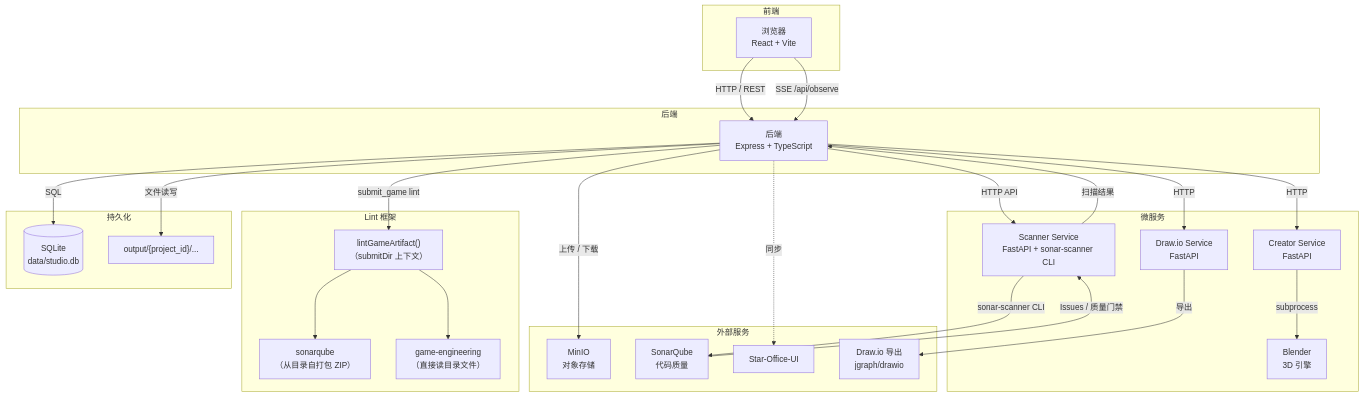
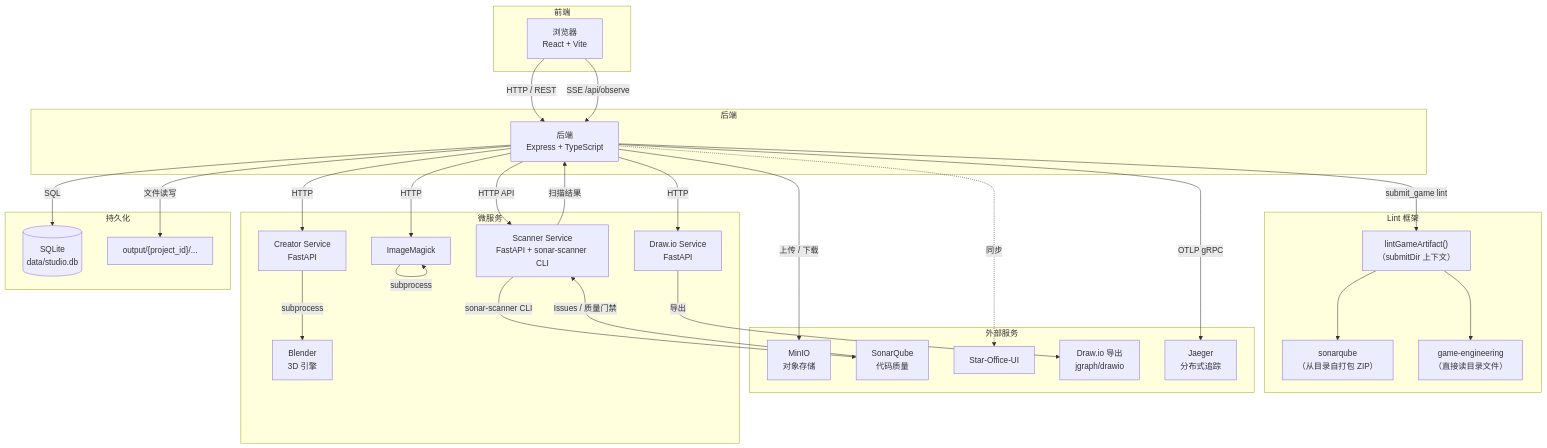
One commit to luoxiaojun1992/game-studio changed the diagram in docs/ARCHITECTURE.zh-CN.md. Above: the diagram before and after it, drawn with Mermaid. The commit also changed other lines of this file and 11 other files, not shown here.

````diff
--- a/docs/ARCHITECTURE.zh-CN.md
+++ b/docs/ARCHITECTURE.zh-CN.md
@@ -18,56 +18,61 @@
 ```mermaid
 graph TB
     subgraph "前端"
         Browser["浏览器<br/>React + Vite"]
     end
 
     subgraph "后端"
         BE["后端<br/>Express + TypeScript"]
     end
 
     subgraph "Lint 框架"
         LintRunner["lintGameArtifact()<br/>（submitDir 上下文）"]
         SonarChecker["sonarqube<br/>（从目录自打包 ZIP）"]
         GameEngChecker["game-engineering<br/>（直接读目录文件）"]
     end
 
     subgraph "外部服务"
         MinIO["MinIO<br/>对象存储"]
         Sonar["SonarQube<br/>代码质量"]
         StarOffice["Star-Office-UI"]
         DrawioExport["Draw.io 导出<br/>jgraph/drawio"]
+        Jaeger["Jaeger<br/>分布式追踪"]
     end
 
     subgraph "微服务"
         Creator["Creator Service<br/>FastAPI"]
         Blender["Blender<br/>3D 引擎"]
+        Image["Image Service<br/>FastAPI + ImageMagick"]
         Drawio["Draw.io Service<br/>FastAPI"]
         Scanner["Scanner Service<br/>FastAPI + sonar-scanner CLI"]
     end
 
     subgraph "持久化"
         SQLite[("SQLite<br/>data/studio.db")]
         Output["output/{project_id}/..."]
     end
 
     Browser -->|HTTP / REST| BE
     Browser -->|SSE /api/observe| BE
 
     BE -->|HTTP| Creator
+    BE -->|HTTP| Image
     BE -->|HTTP| Drawio
     BE -->|上传 / 下载| MinIO
     BE -->|SQL| SQLite
     BE -->|文件读写| Output
     BE -->|submit_game lint| LintRunner
     BE -->|HTTP API| Scanner
     BE -.->|同步| StarOffice
+    BE -->|OTLP gRPC| Jaeger
     Creator -->|subprocess| Blender
     Drawio -->|导出| DrawioExport
+    Image -->|subprocess| Image["ImageMagick"]
 
     LintRunner --> SonarChecker
     LintRunner --> GameEngChecker
 
     Scanner -->|sonar-scanner CLI| Sonar
     Sonar -->|Issues / 质量门禁| Scanner
     Scanner -->|扫描结果| BE
 ```
````
